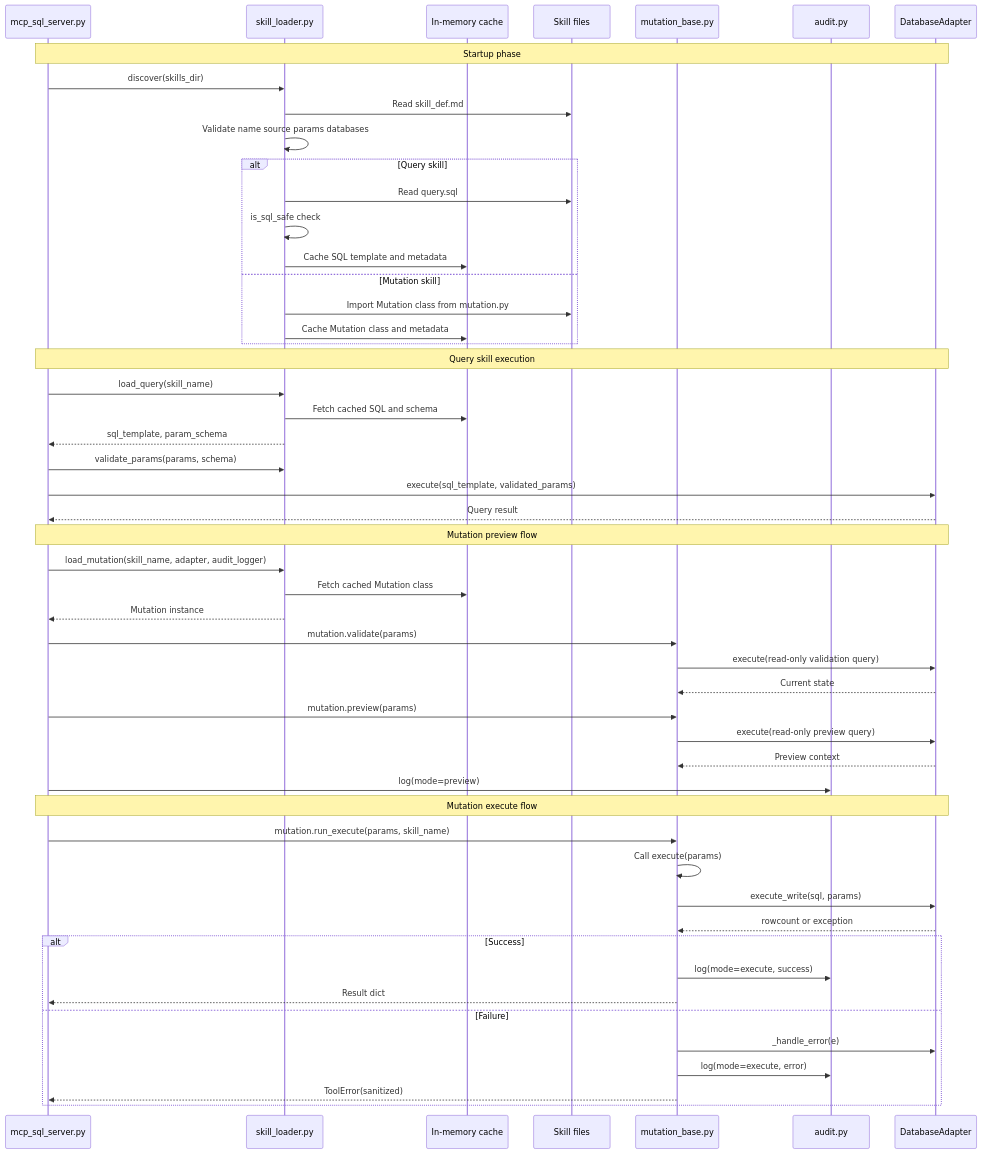
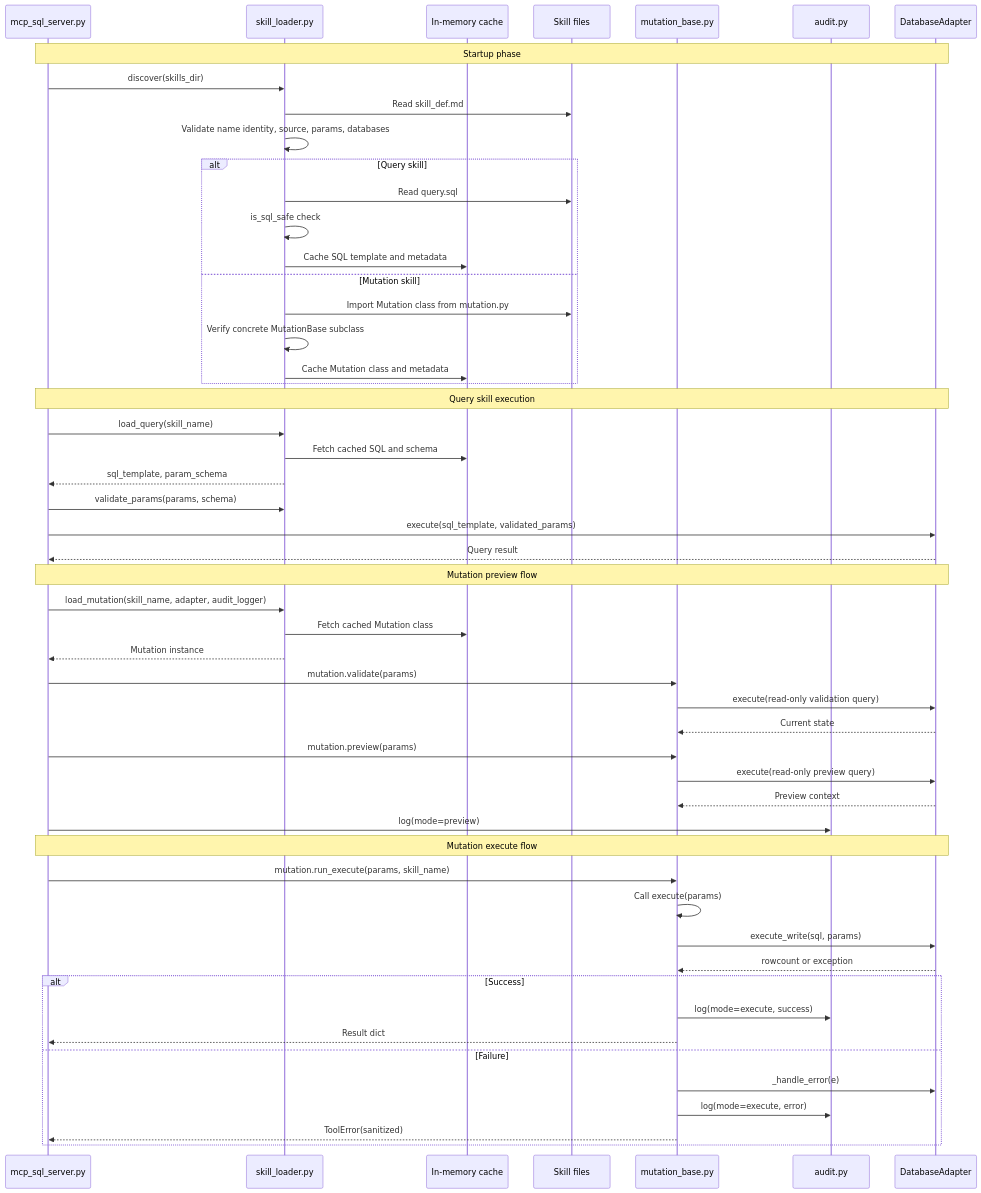
One commit to Firstmeridian/llm-sql-safety-executor-mcp changed the second of 9 diagrams in MCP_AGENTS_SKILLS_DESIGN.md. Above: the diagram before and after it, drawn with Mermaid. The commit also changed other lines of this file and 38 other files, not shown here.

````diff
--- a/MCP_AGENTS_SKILLS_DESIGN.md
+++ b/MCP_AGENTS_SKILLS_DESIGN.md
@@ -125,57 +136,58 @@
 ```mermaid
 sequenceDiagram
     participant Server as mcp_sql_server.py
     participant Loader as skill_loader.py
     participant Cache as In-memory cache
     participant Skill as Skill files
     participant Base as mutation_base.py
     participant Audit as audit.py
     participant DB as DatabaseAdapter
 
     Note over Server,DB: Startup phase
     Server->>Loader: discover(skills_dir)
     Loader->>Skill: Read skill_def.md
-    Loader->>Loader: Validate name source params databases
+    Loader->>Loader: Validate name identity, source, params, databases
     alt Query skill
         Loader->>Skill: Read query.sql
         Loader->>Loader: is_sql_safe check
         Loader->>Cache: Cache SQL template and metadata
     else Mutation skill
         Loader->>Skill: Import Mutation class from mutation.py
+        Loader->>Loader: Verify concrete MutationBase subclass
         Loader->>Cache: Cache Mutation class and metadata
     end
 
     Note over Server,DB: Query skill execution
     Server->>Loader: load_query(skill_name)
     Loader->>Cache: Fetch cached SQL and schema
     Loader-->>Server: sql_template, param_schema
     Server->>Loader: validate_params(params, schema)
     Server->>DB: execute(sql_template, validated_params)
     DB-->>Server: Query result
 
     Note over Server,DB: Mutation preview flow
     Server->>Loader: load_mutation(skill_name, adapter, audit_logger)
     Loader->>Cache: Fetch cached Mutation class
     Loader-->>Server: Mutation instance
     Server->>Base: mutation.validate(params)
     Base->>DB: execute(read-only validation query)
     DB-->>Base: Current state
     Server->>Base: mutation.preview(params)
     Base->>DB: execute(read-only preview query)
     DB-->>Base: Preview context
     Server->>Audit: log(mode=preview)
 
     Note over Server,DB: Mutation execute flow
     Server->>Base: mutation.run_execute(params, skill_name)
     Base->>Base: Call execute(params)
     Base->>DB: execute_write(sql, params)
     DB-->>Base: rowcount or exception
     alt Success
         Base->>Audit: log(mode=execute, success)
         Base-->>Server: Result dict
     else Failure
         Base->>DB: _handle_error(e)
         Base->>Audit: log(mode=execute, error)
         Base-->>Server: ToolError(sanitized)
     end
 ```
````
